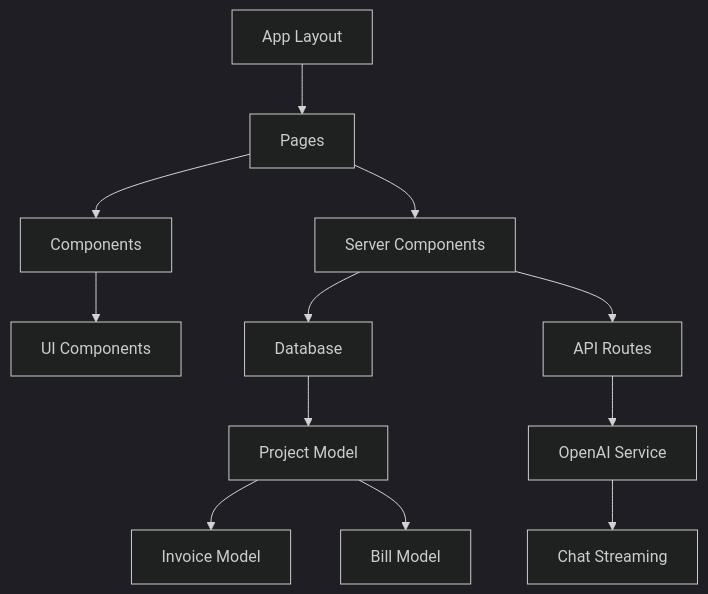
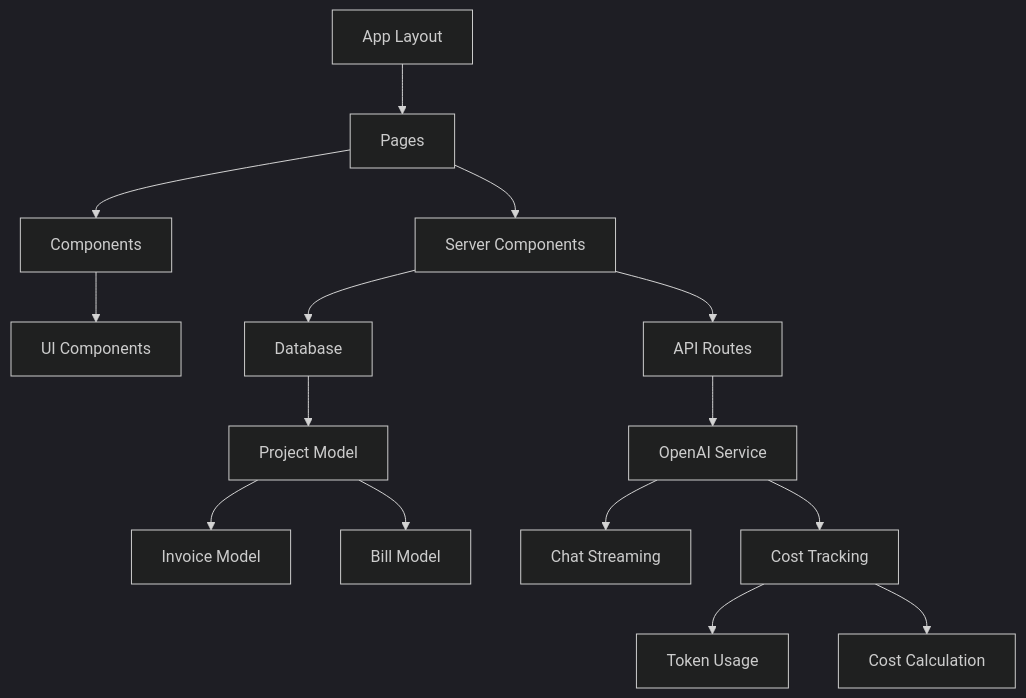
Before and after one commit to digidigo/cursor_rules: the diagram in docs/features/core/architecture.md, drawn with Mermaid (dark theme). The commit also changed other lines of this file and 6 other files, not shown here.

Commit message:
feat(cost): implement cost tracking system - Add cost calculation for GPT-4 Turbo (mini) - Implement real-time token usage tracking - Add per-message and total cost display - Update architecture documentation - Add cost tracking system documentation

````diff
--- a/docs/features/core/architecture.md
+++ b/docs/features/core/architecture.md
@@ -17,14 +18,17 @@
 ```mermaid
 graph TD
     A[App Layout] --> B[Pages]
     B --> C[Components]
     C --> D[UI Components]
     B --> E[Server Components]
     E --> F[Database]
     F --> G[Project Model]
     G --> H[Invoice Model]
     G --> I[Bill Model]
     E --> J[API Routes]
     J --> K[OpenAI Service]
     K --> L[Chat Streaming]
+    K --> M[Cost Tracking]
+    M --> N[Token Usage]
+    M --> O[Cost Calculation]
 ```
````
